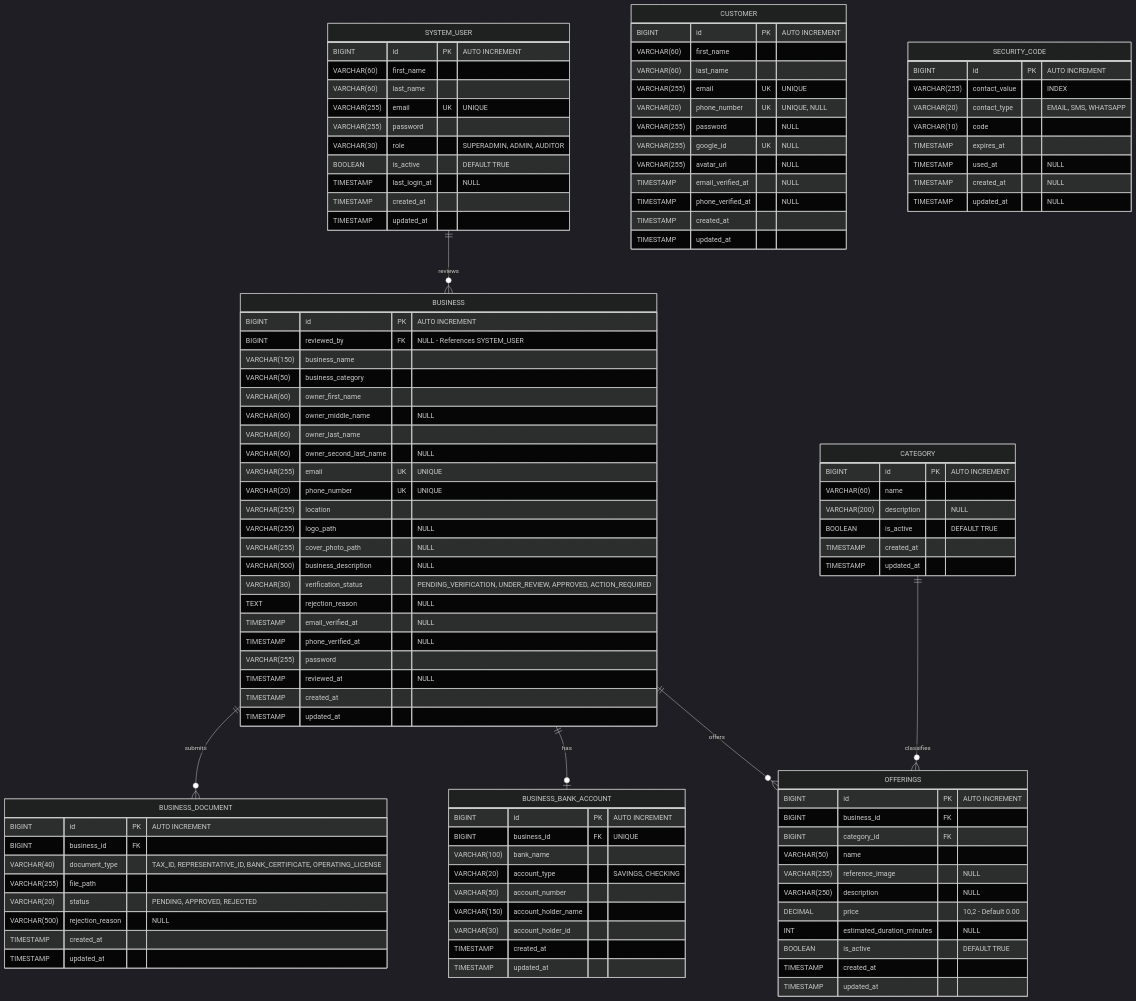
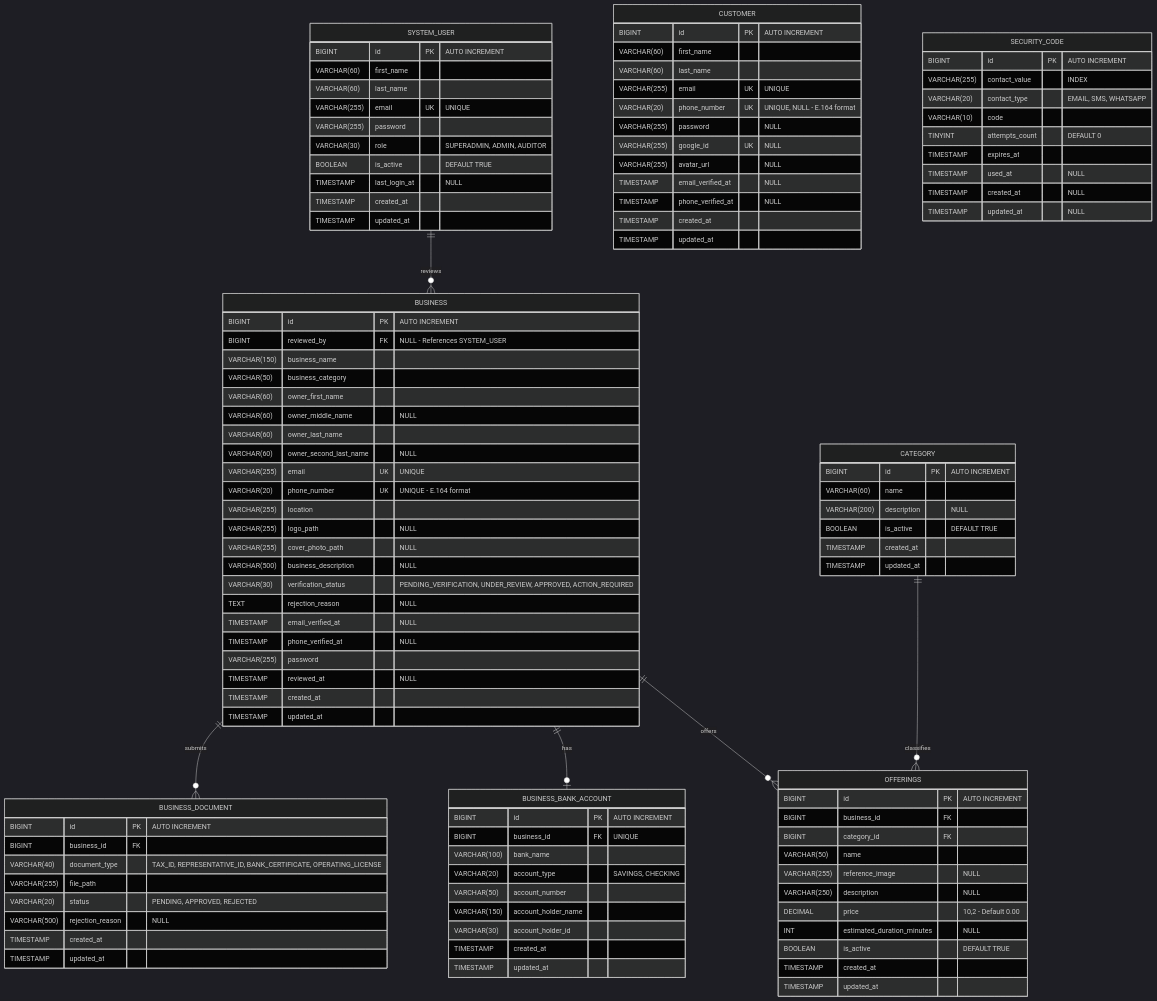
Before and after one commit to one-centavo/turnex: the diagram in docs/design/entity-relation-diagram.md, drawn with Mermaid (dark theme).

Commit message:
docs: update entity-relation to reflect the changes made in the user story to the customer registration

```diff
--- a/docs/design/entity-relation-diagram.md
+++ b/docs/design/entity-relation-diagram.md
@@ -24,7 +24,7 @@
         VARCHAR(60) first_name
         VARCHAR(60) last_name
         VARCHAR(255) email UK "UNIQUE"
-        VARCHAR(20) phone_number UK "UNIQUE, NULL"
+        VARCHAR(20) phone_number UK "UNIQUE, NULL - E.164 format"
         VARCHAR(255) password "NULL"
         VARCHAR(255) google_id UK "NULL"
         VARCHAR(255) avatar_url "NULL"
@@ -44,7 +44,7 @@
         VARCHAR(60) owner_last_name
         VARCHAR(60) owner_second_last_name "NULL"
         VARCHAR(255) email UK "UNIQUE"
-        VARCHAR(20) phone_number UK "UNIQUE"
+        VARCHAR(20) phone_number UK "UNIQUE - E.164 format"
         VARCHAR(255) location
         VARCHAR(255) logo_path "NULL"
         VARCHAR(255) cover_photo_path "NULL"
@@ -110,6 +110,7 @@
         VARCHAR(255) contact_value "INDEX"
         VARCHAR(20) contact_type "EMAIL, SMS, WHATSAPP"
         VARCHAR(10) code
+        TINYINT attempts_count "DEFAULT 0"
         TIMESTAMP expires_at
         TIMESTAMP used_at "NULL"
         TIMESTAMP created_at "NULL"
```
